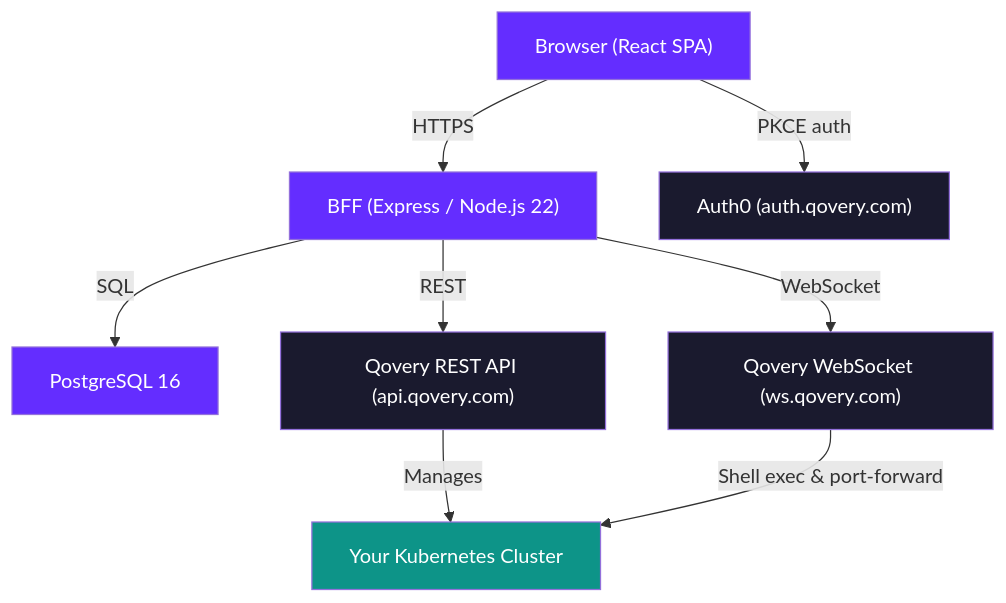
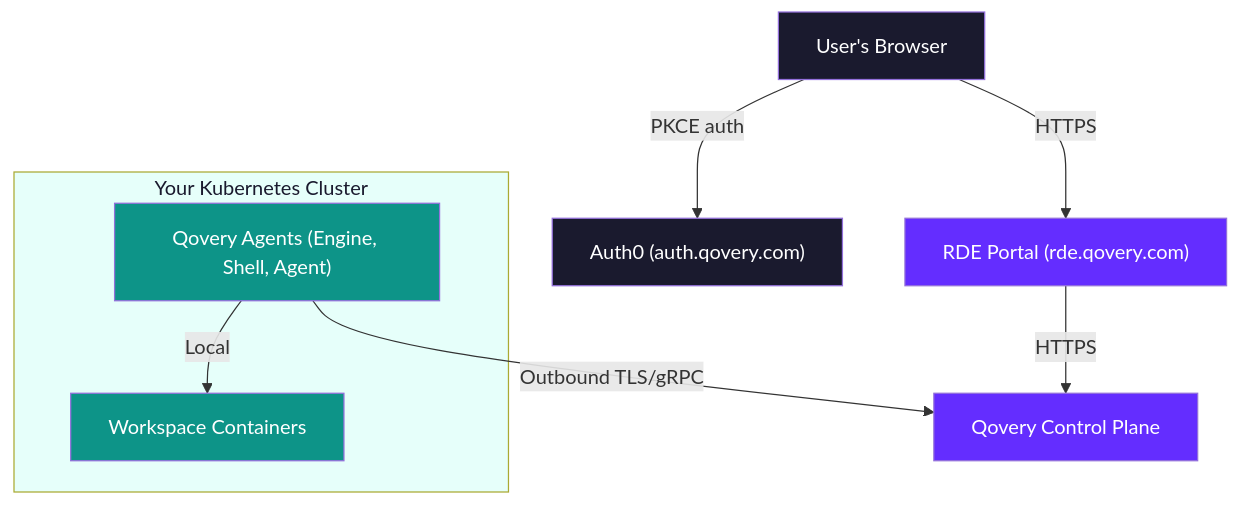
The first of 4 diagrams in docs/rde/reference/architecture.mdx (Qovery/documentation), drawn with Mermaid before and after one commit. The commit also changed other lines of this file and 3 other files, not shown here.

````diff
--- a/docs/rde/reference/architecture.mdx
+++ b/docs/rde/reference/architecture.mdx
@@ -18,26 +20,26 @@
 ```mermaid
 flowchart TB
-    Browser["Browser (React SPA)"]
-    BFF["BFF (Express / Node.js 22)"]
-    DB["PostgreSQL 16"]
+    Browser["User's Browser"]
+    Portal["RDE Portal (rde.qovery.com)"]
+    CP["Qovery Control Plane"]
     Auth0["Auth0 (auth.qovery.com)"]
-    API["Qovery REST API (api.qovery.com)"]
-    WS["Qovery WebSocket (ws.qovery.com)"]
-    K8s["Your Kubernetes Cluster"]
 
-    Browser -->|"HTTPS"| BFF
+    subgraph YourCluster["Your Kubernetes Cluster"]
+        Agents["Qovery Agents (Engine, Shell, Agent)"]
+        WS["Workspace Containers"]
+    end
+
+    Browser -->|"HTTPS"| Portal
     Browser -->|"PKCE auth"| Auth0
-    BFF -->|"REST"| API
-    BFF -->|"WebSocket"| WS
-    BFF -->|"SQL"| DB
-    API -->|"Manages"| K8s
-    WS -->|"Shell exec & port-forward"| K8s
+    Portal -->|"HTTPS"| CP
+    Agents -->|"Outbound TLS/gRPC"| CP
+    Agents -->|"Local"| WS
 
-    style Browser fill:#642DFF,color:#fff
-    style BFF fill:#642DFF,color:#fff
-    style DB fill:#642DFF,color:#fff
+    style Browser fill:#1a1a2e,color:#fff
+    style Portal fill:#642DFF,color:#fff
+    style CP fill:#642DFF,color:#fff
     style Auth0 fill:#1a1a2e,color:#fff
-    style API fill:#1a1a2e,color:#fff
-    style WS fill:#1a1a2e,color:#fff
-    style K8s fill:#0d9488,color:#fff
+    style YourCluster fill:#e6fffa,color:#1a1a2e
+    style Agents fill:#0d9488,color:#fff
+    style WS fill:#0d9488,color:#fff
 ```
````
